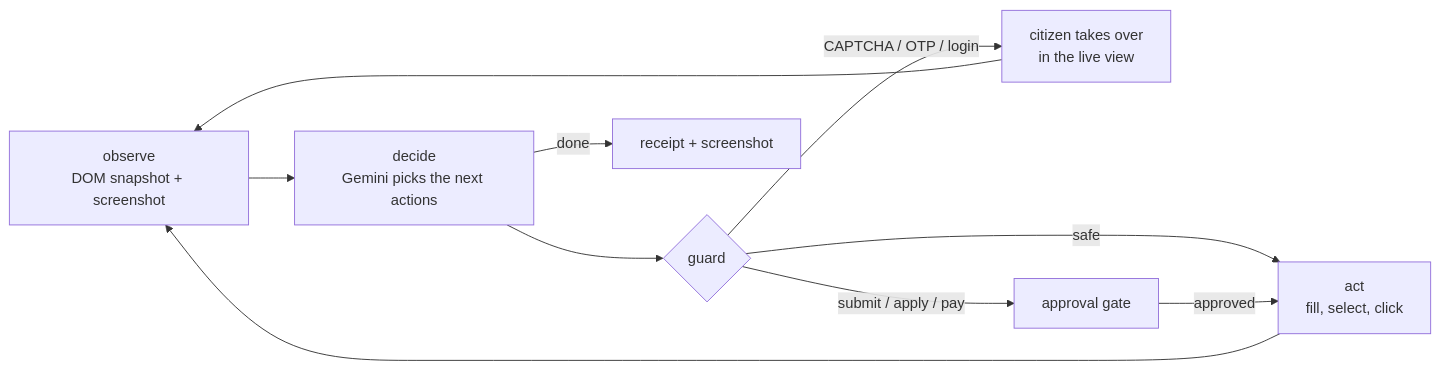
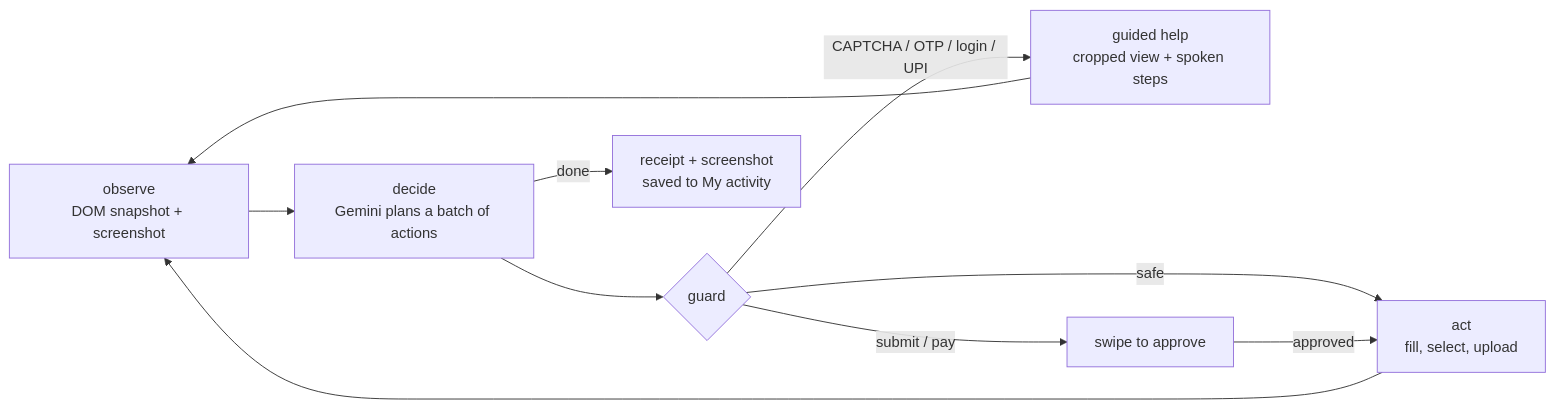
Before and after one commit to yashchoudhary14/ForgeHackathon: the second of 2 diagrams in README.md, drawn with Mermaid. The commit also changed other lines of this file, not shown here.

````diff
--- a/README.md
+++ b/README.md
@@ -63,12 +67,12 @@
 ```mermaid
 flowchart LR
-    O["observe<br/>DOM snapshot + screenshot"] --> D["decide<br/>Gemini picks the next actions"]
+    O["observe<br/>DOM snapshot + screenshot"] --> D["decide<br/>Gemini plans a batch of actions"]
     D --> GU{"guard"}
-    GU -- "safe" --> A["act<br/>fill, select, click"]
+    GU -- "safe" --> A["act<br/>fill, select, upload"]
     A --> O
-    GU -- "CAPTCHA / OTP / login" --> H["citizen takes over<br/>in the live view"]
+    GU -- "CAPTCHA / OTP / login / UPI" --> H["guided help<br/>cropped view + spoken steps"]
     H --> O
-    GU -- "submit / apply / pay" --> AP["approval gate"]
+    GU -- "submit / pay" --> AP["swipe to approve"]
     AP -- "approved" --> A
-    D -- "done" --> R["receipt + screenshot"]
+    D -- "done" --> R["receipt + screenshot<br/>saved to My activity"]
 ```
````
